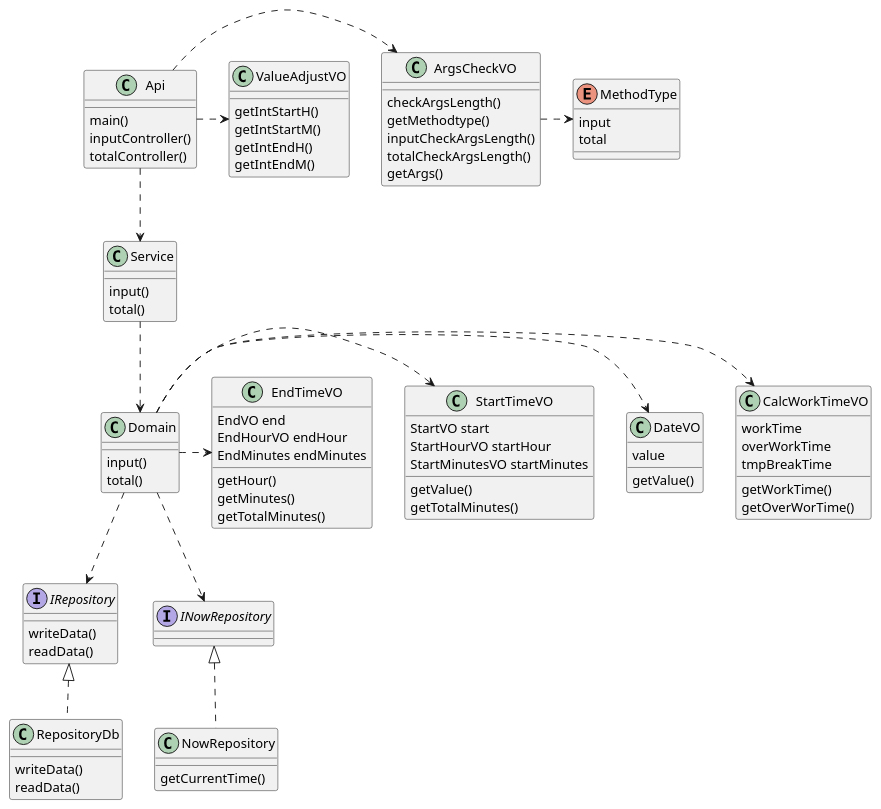
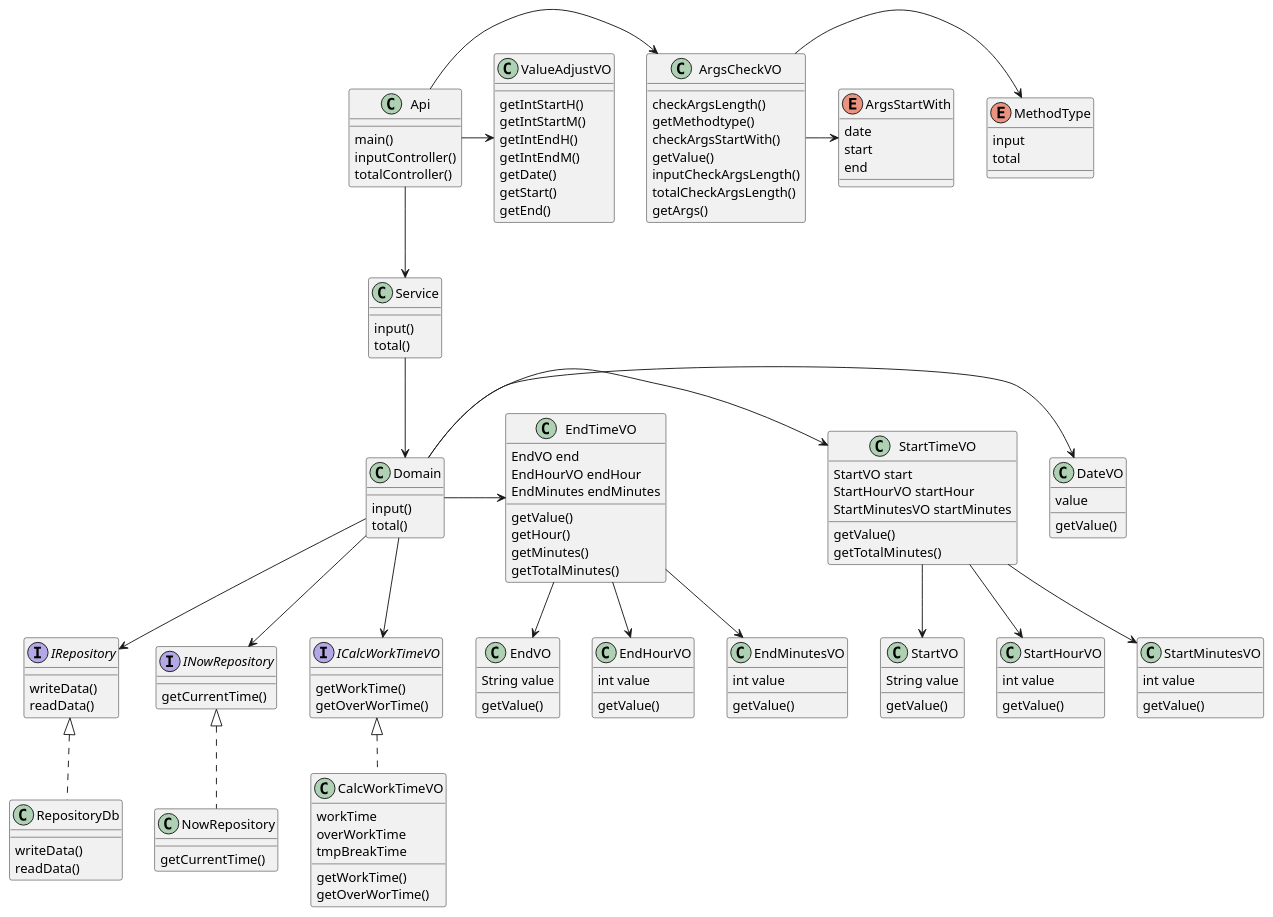
The diagram in kintai.pu (biglobe-isp/kintai), drawn with PlantUML before and after one commit. The commit also changed 28 other files, not shown here.

```diff
--- a/kintai.pu
+++ b/kintai.pu
@@ -1,107 +1,165 @@
 @startuml
 'コメントアウト
 
 class Api {
   main()
   inputController()
   totalController()
 }
 
 
 class  Service {
   input()
   total()
 }
 
 class Domain {
   input()
   total()
 }
 
 interface IRepository {
   writeData()
   readData()
 }
 
+interface INowRepository {
+  getCurrentTime()
+}
+
+interface ICalcWorkTimeVO {
+  getWorkTime()
+  getOverWorTime()
+}
+
 
 class RepositoryDb implements IRepository {
   writeData()
   readData()
 } 
 
 class NowRepository implements INowRepository {
   getCurrentTime()
 }
 
+class CalcWorkTimeVO implements ICalcWorkTimeVO {
+  workTime
+  overWorkTime
+  tmpBreakTime
+  getWorkTime()
+  getOverWorTime()
+}
+
+
 
 class ArgsCheckVO {
   checkArgsLength()
   getMethodtype()
+  checkArgsStartWith()
+  getValue()
   inputCheckArgsLength()
   totalCheckArgsLength()
   getArgs()
 }
 
 enum MethodType {
   input
   total
+}
+
+enum ArgsStartWith {
+  date
+  start
+  end
 }
 
 class DateVO {
   value
   getValue()
 }
 
 
 class StartTimeVO {
   StartVO start
   StartHourVO startHour
   StartMinutesVO startMinutes
   getValue()
   getTotalMinutes()
 }
 
 
 class EndTimeVO {
   EndVO end
   EndHourVO endHour
   EndMinutes endMinutes
+  getValue()
   getHour()
   getMinutes()
   getTotalMinutes()
-}
-
-class CalcWorkTimeVO {
-  workTime
-  overWorkTime
-  tmpBreakTime
-  getWorkTime()
-  getOverWorTime()
 }
 
 class ValueAdjustVO {
   getIntStartH()
   getIntStartM()
   getIntEndH()
   getIntEndM()
+  getDate()
+  getStart()
+  getEnd()
+}
+
+class StartVO {
+  String value
+  getValue()
+}
+
+class StartHourVO {
+  int value
+  getValue()
+}
+
+class StartMinutesVO {
+  int value
+  getValue()
+}
+
+class EndVO {
+  String value
+  getValue()
+}
+
+class EndHourVO {
+  int value
+  getValue()
+}
+
+class EndMinutesVO {
+  int value
+  getValue()
 }
 
 
-Api .down.> Service
-Service .down.> Domain
-Domain .down.> IRepository
-Domain .down.> INowRepository
+Api -down-> Service
+Service -down-> Domain
+Domain -down-> IRepository
+Domain -down-> INowRepository
+Domain -down-> ICalcWorkTimeVO
 
-Api .right.> ArgsCheckVO
-ArgsCheckVO .right.> MethodType
-Api .right.> ValueAdjustVO
+Api -right-> ArgsCheckVO
+ArgsCheckVO -right-> MethodType
+ArgsCheckVO -right-> ArgsStartWith
+Api -right-> ValueAdjustVO
 
+Domain -right-> DateVO
+Domain -right-> StartTimeVO
+Domain -right-> EndTimeVO
 
-Domain .right.> CalcWorkTimeVO
-Domain .right.> DateVO
-Domain .right.> StartTimeVO
-Domain .right.> EndTimeVO
+StartTimeVO --> StartVO
+StartTimeVO --> StartHourVO
+StartTimeVO --> StartMinutesVO
 
-
+EndTimeVO --> EndVO
+EndTimeVO --> EndHourVO
+EndTimeVO --> EndMinutesVO
 
 @enduml
```
